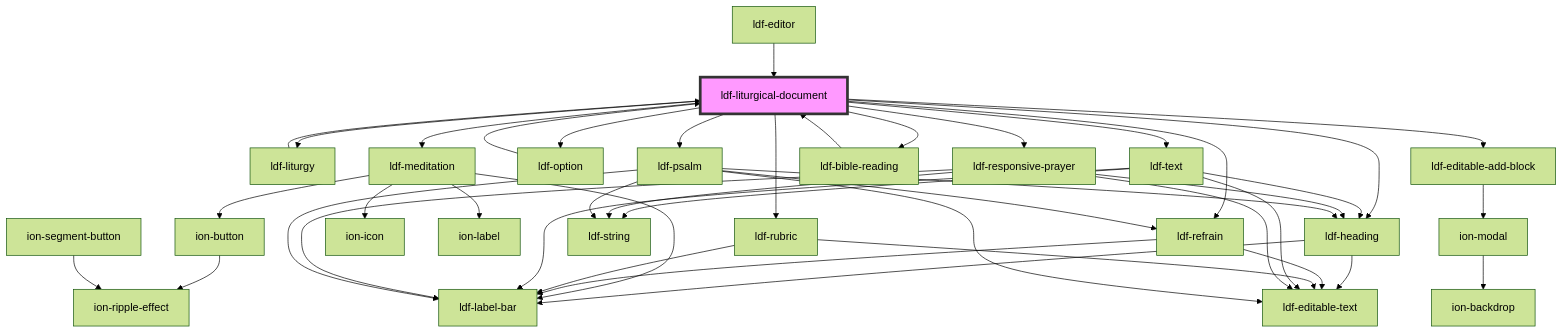
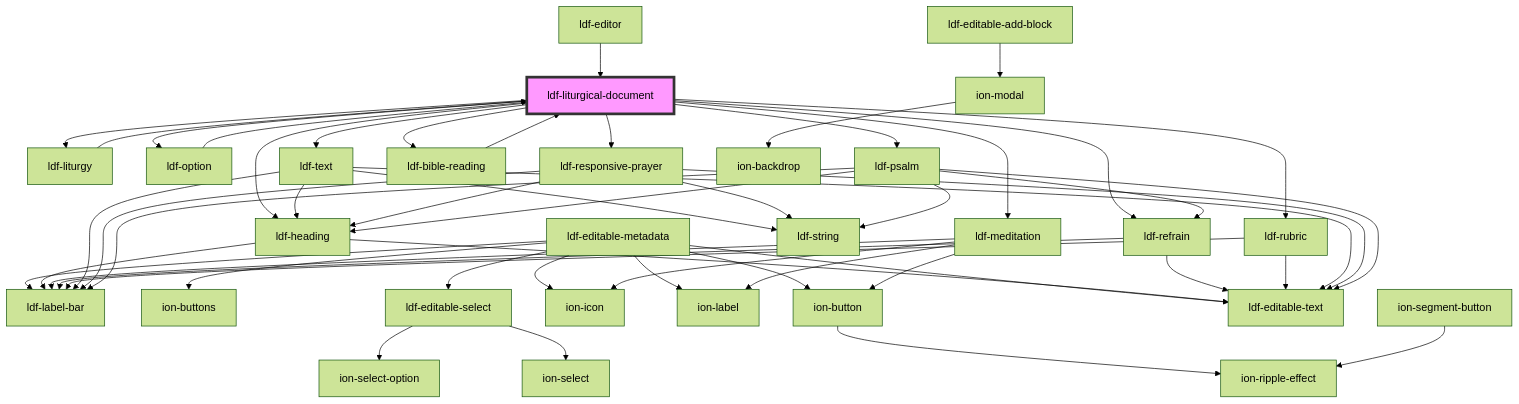
Before and after one commit to gbj/venite: the diagram in components/src/components/liturgical-document/readme.md, drawn with Mermaid (forest theme). The commit also changed other lines of this file and 46 other files, not shown here.

````diff
--- a/components/src/components/liturgical-document/readme.md
+++ b/components/src/components/liturgical-document/readme.md
@@ -41,46 +47,54 @@
 ```mermaid
 graph TD;
   ldf-liturgical-document --> ldf-liturgy
   ldf-liturgical-document --> ldf-heading
   ldf-liturgical-document --> ldf-meditation
   ldf-liturgical-document --> ldf-option
   ldf-liturgical-document --> ldf-refrain
   ldf-liturgical-document --> ldf-rubric
   ldf-liturgical-document --> ldf-text
   ldf-liturgical-document --> ldf-responsive-prayer
   ldf-liturgical-document --> ldf-bible-reading
   ldf-liturgical-document --> ldf-psalm
-  ldf-liturgical-document --> ldf-editable-add-block
   ldf-liturgy --> ldf-liturgical-document
+  ldf-editable-add-block --> ion-modal
+  ion-modal --> ion-backdrop
+  ldf-editable-metadata --> ldf-label-bar
+  ldf-editable-metadata --> ion-buttons
+  ldf-editable-metadata --> ion-button
+  ldf-editable-metadata --> ion-icon
+  ldf-editable-metadata --> ion-label
+  ldf-editable-metadata --> ldf-editable-select
+  ldf-editable-metadata --> ldf-editable-text
+  ion-button --> ion-ripple-effect
+  ldf-editable-select --> ion-select
+  ldf-editable-select --> ion-select-option
   ldf-heading --> ldf-editable-text
   ldf-heading --> ldf-label-bar
   ldf-meditation --> ion-button
   ldf-meditation --> ion-icon
   ldf-meditation --> ion-label
   ldf-meditation --> ldf-label-bar
-  ion-button --> ion-ripple-effect
   ldf-option --> ldf-liturgical-document
   ion-segment-button --> ion-ripple-effect
   ldf-refrain --> ldf-label-bar
   ldf-refrain --> ldf-editable-text
   ldf-rubric --> ldf-label-bar
   ldf-rubric --> ldf-editable-text
   ldf-text --> ldf-label-bar
   ldf-text --> ldf-heading
   ldf-text --> ldf-editable-text
   ldf-text --> ldf-string
   ldf-responsive-prayer --> ldf-editable-text
   ldf-responsive-prayer --> ldf-string
   ldf-responsive-prayer --> ldf-label-bar
   ldf-responsive-prayer --> ldf-heading
   ldf-bible-reading --> ldf-liturgical-document
   ldf-psalm --> ldf-refrain
   ldf-psalm --> ldf-heading
   ldf-psalm --> ldf-label-bar
   ldf-psalm --> ldf-editable-text
   ldf-psalm --> ldf-string
-  ldf-editable-add-block --> ion-modal
-  ion-modal --> ion-backdrop
   ldf-editor --> ldf-liturgical-document
   style ldf-liturgical-document fill:#f9f,stroke:#333,stroke-width:4px
 ```
````
